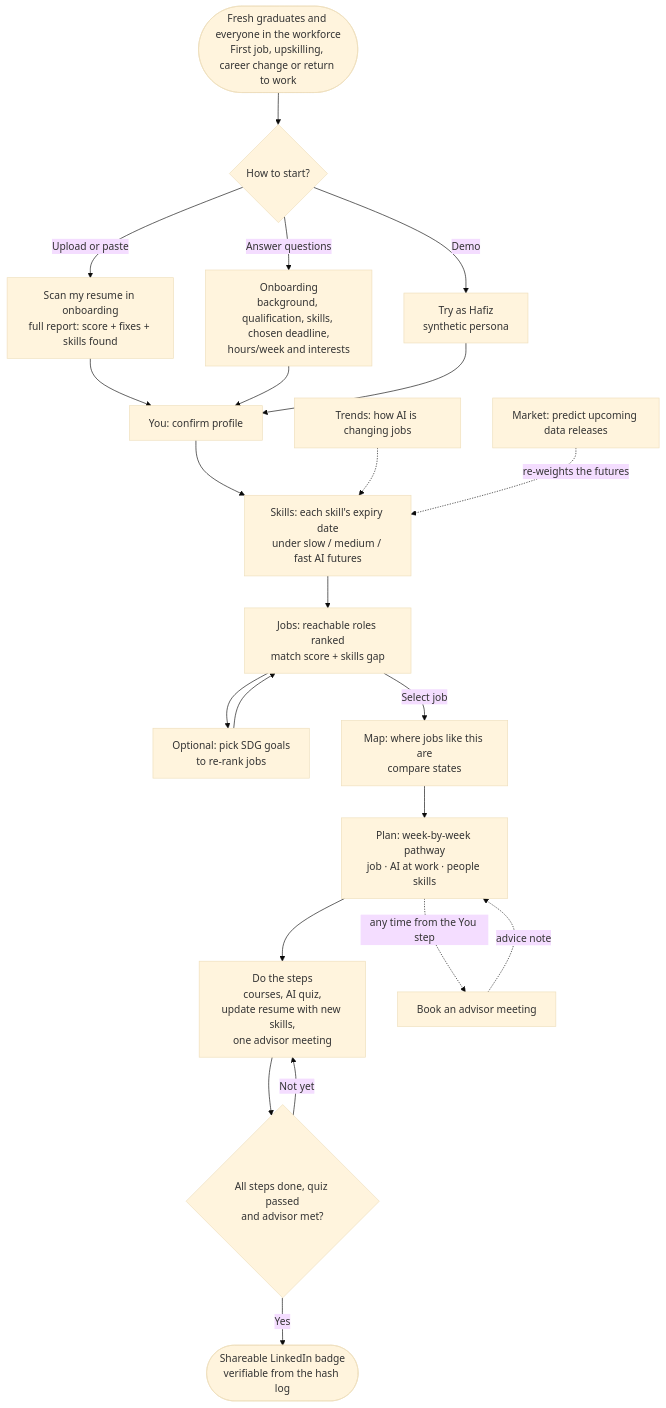
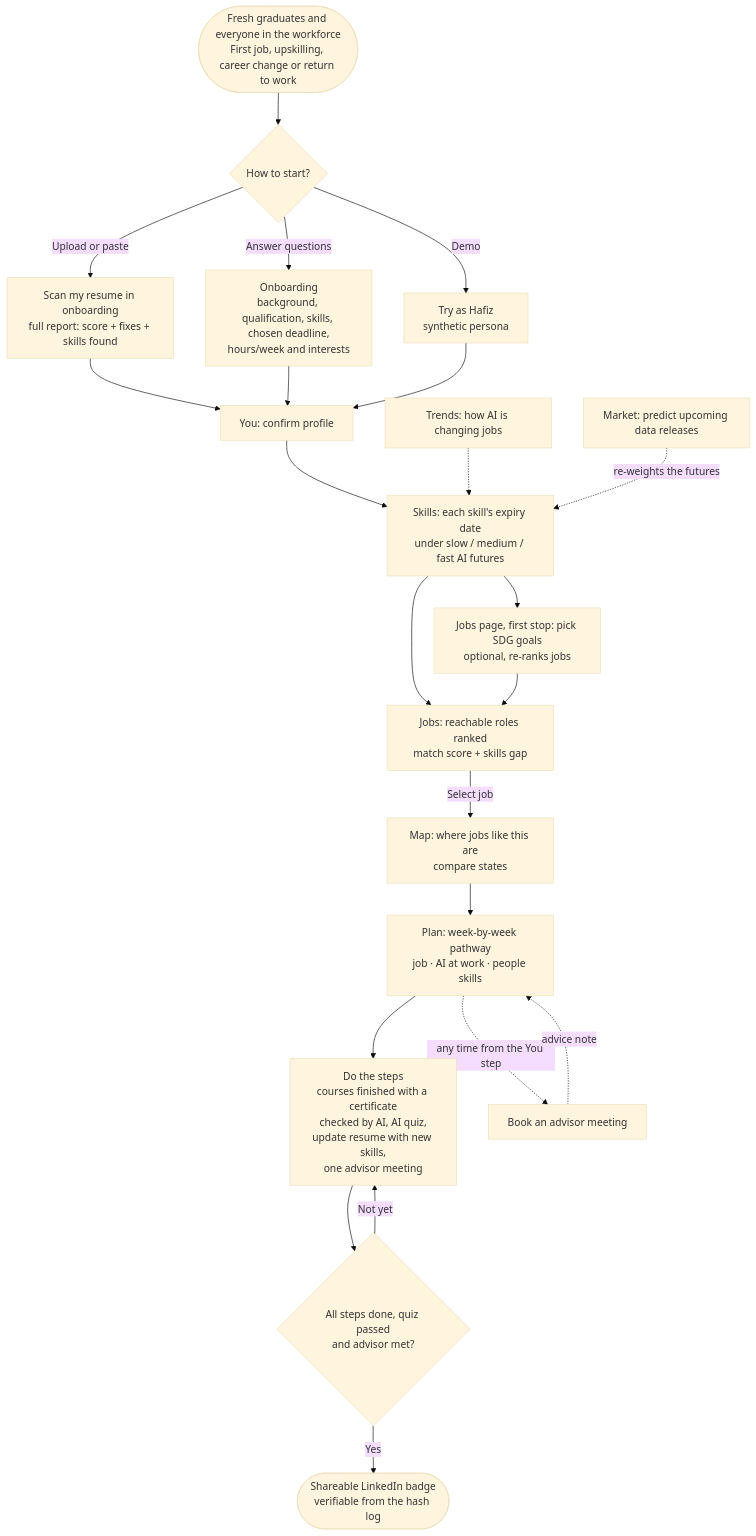
One commit to yabgzichien/SDCHack-slaynergy changed the first of 2 diagrams in README.md. Above: the diagram before and after it, drawn with Mermaid (base theme). The commit also changed other lines of this file and 3 other files, not shown here.

````diff
--- a/README.md
+++ b/README.md
@@ -105,26 +108,26 @@
 ```mermaid
 flowchart TD
     A([Fresh graduates and everyone in the workforce<br/>First job, upskilling, career change or return to work]) --> B{How to start?}
     B -->|Upload or paste| C[Scan my resume in onboarding<br/>full report: score + fixes + skills found]
     B -->|Answer questions| D[Onboarding<br/>background, qualification, skills, chosen deadline,<br/>hours/week and interests]
     B -->|Demo| E[Try as Hafiz<br/>synthetic persona]
     C --> F[You: confirm profile]
     D --> F
     E --> F
     F --> G[Skills: each skill's expiry date<br/>under slow / medium / fast AI futures]
     G --> H[Jobs: reachable roles ranked<br/>match score + skills gap]
-    H --> H2[Optional: pick SDG goals<br/>to re-rank jobs]
+    G --> H2[Jobs page, first stop: pick SDG goals<br/>optional, re-ranks jobs]
     H2 --> H
     H -->|Select job| M[Map: where jobs like this are<br/>compare states]
     M --> I[Plan: week-by-week pathway<br/>job · AI at work · people skills]
-    I --> J[Do the steps<br/>courses, AI quiz,<br/>update resume with new skills,<br/>one advisor meeting]
+    I --> J[Do the steps<br/>courses finished with a certificate<br/>checked by AI, AI quiz,<br/>update resume with new skills,<br/>one advisor meeting]
     J --> K{All steps done, quiz passed<br/>and advisor met?}
     K -->|Not yet| J
     K -->|Yes| N([Shareable LinkedIn badge<br/>verifiable from the hash log])
 
     I -.->|any time from the You step| ADV[Book an advisor meeting]
     ADV -.->|advice note| I
 
     T[Trends: how AI is changing jobs] -.-> G
     MK[Market: predict upcoming data releases] -.->|re-weights the futures| G
 ```
````
